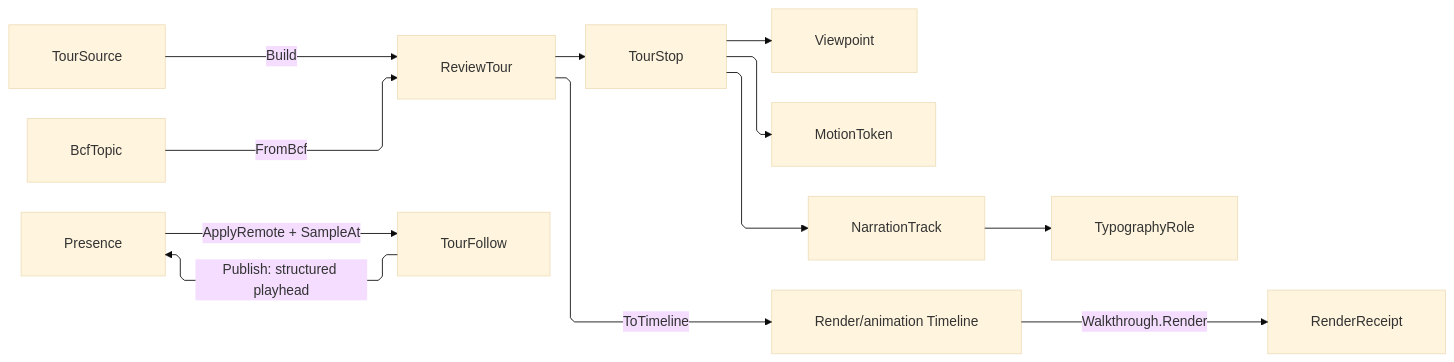
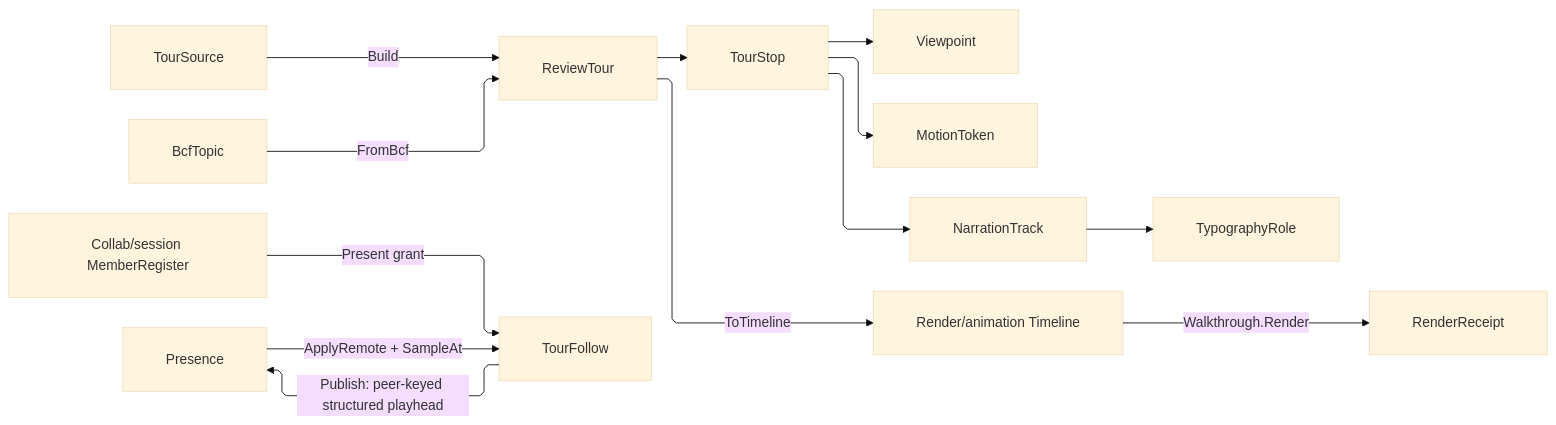
The diagram in libs/csharp/Rasm.AppUi/.planning/Collab/tour.md (bsamiee/Rasm), drawn with Mermaid (base theme) before and after one commit. The commit also changed other lines of this file and 747 other files, not shown here.

````diff
--- a/libs/csharp/Rasm.AppUi/.planning/Collab/tour.md
+++ b/libs/csharp/Rasm.AppUi/.planning/Collab/tour.md
@@ -262,23 +305,24 @@
 ```mermaid
 ---
 config:
   layout: elk
   flowchart:
     curve: linear
     padding: 25
 ---
 flowchart LR
     accTitle: Review tour composition and presence follow
-    accDescr: Tour sources and BCF topics building one review tour of stops carrying viewpoint, motion token, and narration, the tour projecting onto the render timeline for walkthrough capture, and the follow lane publishing a structured playhead remote presence samples back.
+    accDescr: Tour sources and BCF topics building one review tour of stops carrying viewpoint, motion token, and narration, the tour projecting onto the render timeline for walkthrough capture, and the follow lane proving its presenter capability against the durable member register before publishing a peer-keyed structured playhead remote presence samples back.
     TourSource -->|Build| ReviewTour
     BcfTopic -->|FromBcf| ReviewTour
     ReviewTour --> TourStop
     TourStop --> Viewpoint
     TourStop --> MotionToken
     TourStop --> NarrationTrack
     NarrationTrack --> TypographyRole
     ReviewTour -->|ToTimeline| Timeline["Render/animation Timeline"]
     Timeline -->|Walkthrough.Render| RenderReceipt
-    TourFollow -->|Publish: structured playhead| Presence
+    MemberRegister["Collab/session MemberRegister"] -->|Present grant| TourFollow
+    TourFollow -->|Publish: peer-keyed structured playhead| Presence
     Presence -->|ApplyRemote + SampleAt| TourFollow
 ```
````
